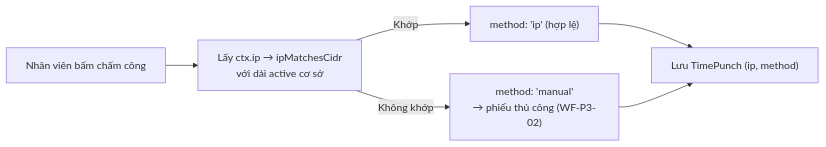
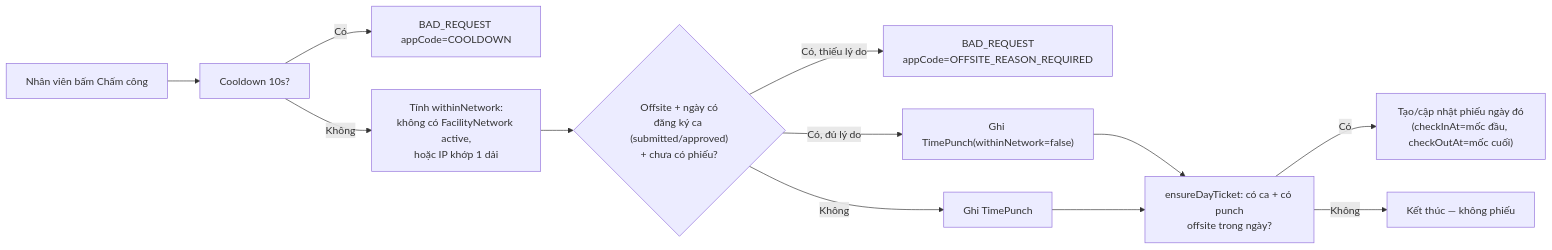
One commit to manhquydev/cmc_edu changed the first of 5 diagrams in docs/27-workflow-spec-p3.md. Above: the diagram before and after it, drawn with Mermaid. The commit also changed other lines of this file and 48 other files, not shown here.

First line of the commit message:
feat(attendance): chấm công cặp vào/ra mỗi ngày, thay ghép ±2h/ca (ADR 0043)

````diff
--- a/docs/27-workflow-spec-p3.md
+++ b/docs/27-workflow-spec-p3.md
@@ -15,7 +15,13 @@
 ```mermaid
 flowchart LR
-    A["Nhân viên bấm chấm công"] --> B["Lấy ctx.ip → ipMatchesCidr<br/>với dải active cơ sở"]
-    B -->|Khớp| C["method: 'ip' (hợp lệ)"]
-    B -->|Không khớp| D["method: 'manual'<br/>→ phiếu thủ công (WF-P3-02)"]
-    C & D --> E["Lưu TimePunch (ip, method)"]
+    A["Nhân viên bấm Chấm công"] --> B["Cooldown 10s?"]
+    B -->|Có| Z["BAD_REQUEST appCode=COOLDOWN"]
+    B -->|Không| C["Tính withinNetwork:<br/>không có FacilityNetwork active,<br/>hoặc IP khớp 1 dải"]
+    C --> D{"Offsite + ngày có<br/>đăng ký ca (submitted/approved)<br/>+ chưa có phiếu?"}
+    D -->|Có, thiếu lý do| E["BAD_REQUEST<br/>appCode=OFFSITE_REASON_REQUIRED"]
+    D -->|Có, đủ lý do| F["Ghi TimePunch(withinNetwork=false)"]
+    D -->|Không| G["Ghi TimePunch"]
+    F & G --> H["ensureDayTicket: có ca + có punch<br/>offsite trong ngày?"]
+    H -->|Có| I["Tạo/cập nhật phiếu ngày đó<br/>(checkInAt=mốc đầu, checkOutAt=mốc cuối)"]
+    H -->|Không| J["Kết thúc — không phiếu"]
 ```
````
